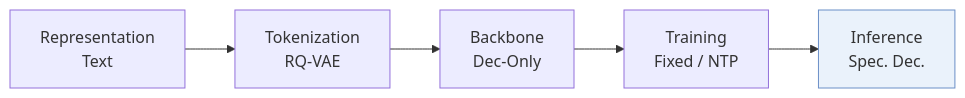
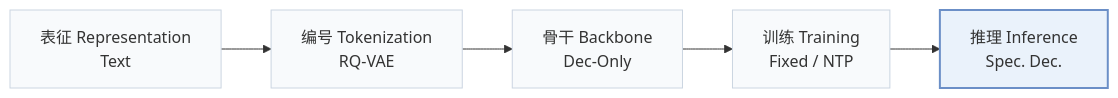
One commit to Galaxy-ghost/Awesome-SID-Generative-Rec changed the first of 2 diagrams in pages/zh/papers/atspeed.md. Above: the diagram before and after it, drawn with Mermaid. The commit also changed other lines of this file and 649 other files, not shown here.

Commit message:
writer-05: also tags and modality index (schema, check, build, visuals); summary field removed; calibration data for 12 papers

````diff
--- a/pages/zh/papers/atspeed.md
+++ b/pages/zh/papers/atspeed.md
@@ -13,6 +15,8 @@
 ```mermaid
 flowchart LR
-    R["Representation<br/>Text"] --> T["Tokenization<br/>RQ-VAE"] --> B["Backbone<br/>Dec-Only"] --> TR["Training<br/>Fixed / NTP"] --> I["Inference<br/>Spec. Dec."]
-    classDef main fill:#eaf2fb,stroke:#6b8fc7
+    R["表征 Representation<br/>Text"] --> T["编号 Tokenization<br/>RQ-VAE"] --> B["骨干 Backbone<br/>Dec-Only"] --> TR["训练 Training<br/>Fixed / NTP"] --> I["推理 Inference<br/>Spec. Dec."]
+    classDef base fill:#f8fafc,stroke:#cbd5e1
+    class R,T,B,TR,I base
+    classDef main fill:#eaf2fb,stroke:#6b8fc7,stroke-width:2px
     class I main
 ```
````
